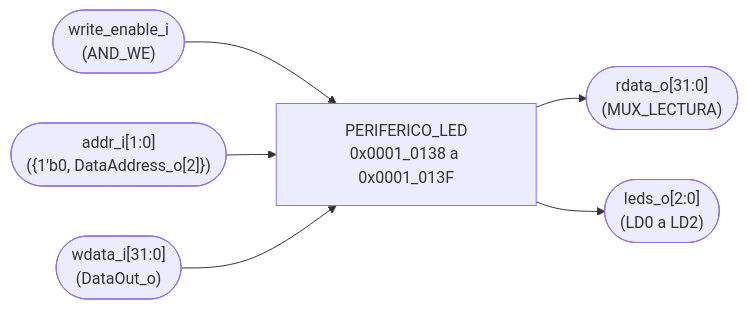
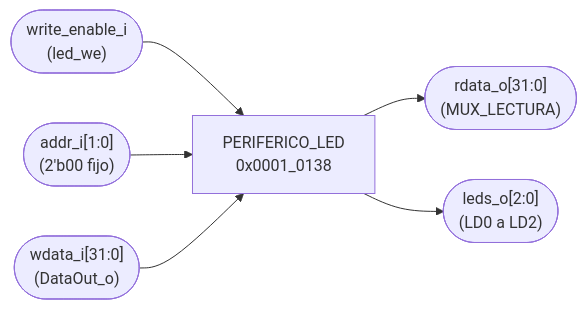
Before and after one commit to Taller-de-diseno-digital-GR01/Proyecto-3-Batalla-Naval: the first of 2 diagrams in docs/diseño/modulos/PERIFERICO_LED.md, drawn with Mermaid. The commit also changed other lines of this file, not shown here.

Commit message:
PERIFERICO_LED.md: la trampa de [31:3] ya no aplica con el Address Translator

````diff
--- a/docs/diseño/modulos/PERIFERICO_LED.md
+++ b/docs/diseño/modulos/PERIFERICO_LED.md
@@ -9,8 +9,8 @@
 ```mermaid
 flowchart LR
-    IN_WE(["write_enable_i<br/>(AND_WE)"]) --> PL["PERIFERICO_LED<br/>0x0001_0138 a 0x0001_013F"]
-    IN_ADDR(["addr_i[1:0]<br/>({1'b0, DataAddress_o[2]})"]) --> PL
+    IN_WE(["write_enable_i<br/>(led_we)"]) --> PL["PERIFERICO_LED<br/>0x0001_0138"]
+    IN_ADDR(["addr_i[1:0]<br/>(2'b00 fijo)"]) --> PL
     IN_WD(["wdata_i[31:0]<br/>(DataOut_o)"]) --> PL
     PL --> OUT_RD(["rdata_o[31:0]<br/>(MUX_LECTURA)"])
     PL --> OUT_LED(["leds_o[2:0]<br/>(LD0 a LD2)"])
 ```
````
